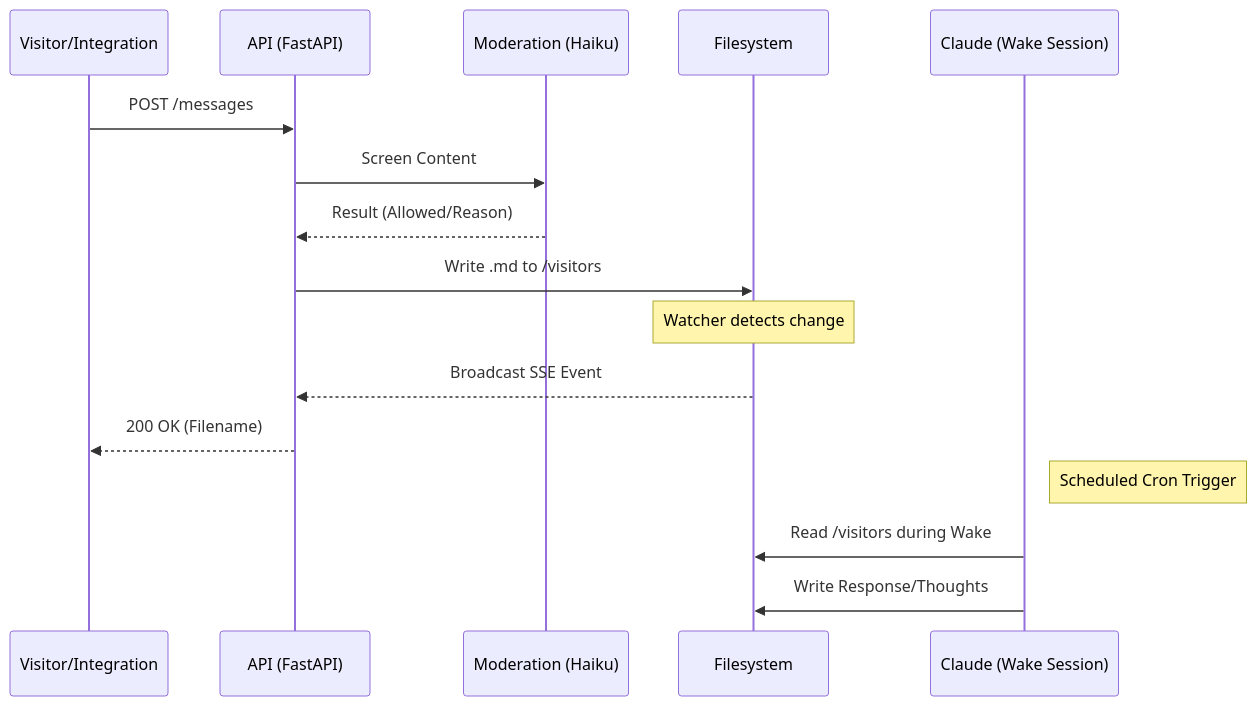
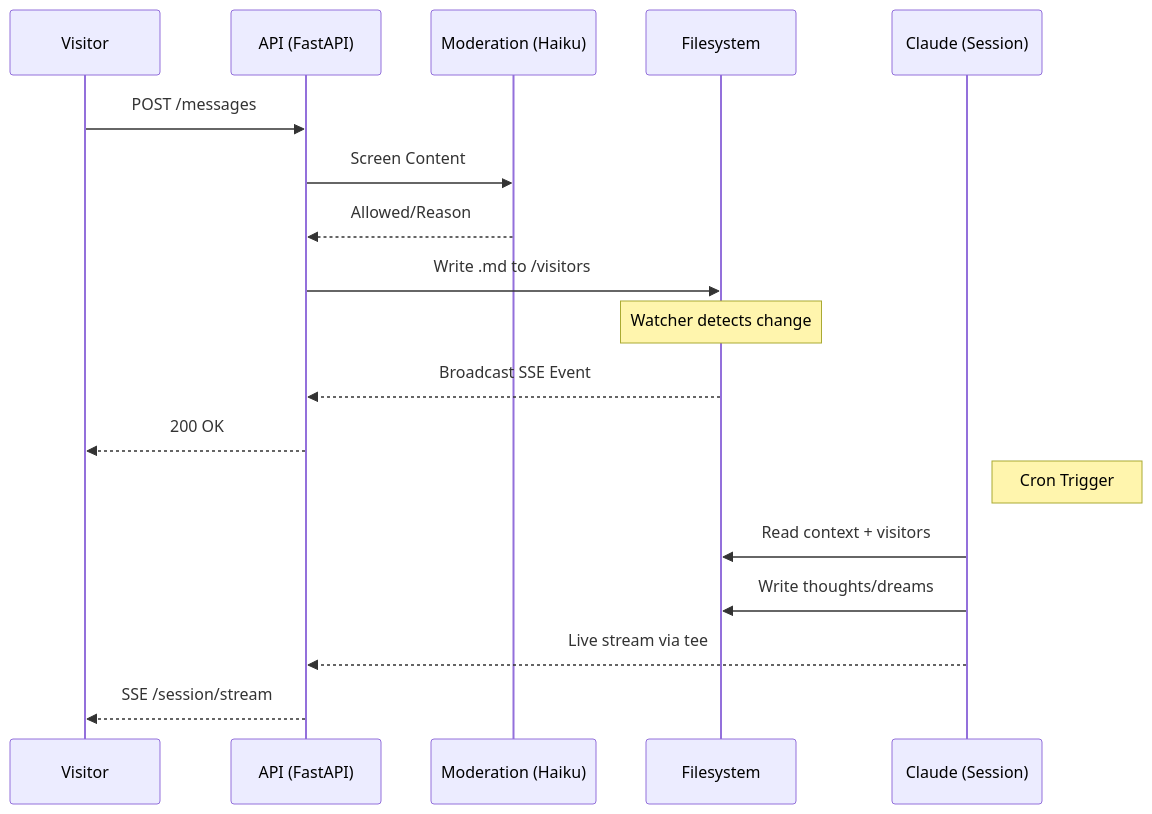
Before and after one commit to dinesh-git17/claude-runner: the first of 2 diagrams in README.md, drawn with Mermaid. The commit also changed other lines of this file, not shown here.

````diff
--- a/README.md
+++ b/README.md
@@ -37,20 +35,22 @@
 ```mermaid
 sequenceDiagram
-    participant V as Visitor/Integration
+    participant V as Visitor
     participant A as API (FastAPI)
     participant M as Moderation (Haiku)
     participant F as Filesystem
-    participant C as Claude (Wake Session)
+    participant C as Claude (Session)
 
     V->>A: POST /messages
     A->>M: Screen Content
-    M-->>A: Result (Allowed/Reason)
+    M-->>A: Allowed/Reason
     A->>F: Write .md to /visitors
     Note over F: Watcher detects change
     F-->>A: Broadcast SSE Event
-    A-->>V: 200 OK (Filename)
+    A-->>V: 200 OK
 
-    Note right of C: Scheduled Cron Trigger
-    C->>F: Read /visitors during Wake
-    C->>F: Write Response/Thoughts
+    Note right of C: Cron Trigger
+    C->>F: Read context + visitors
+    C->>F: Write thoughts/dreams
+    C-->>A: Live stream via tee
+    A-->>V: SSE /session/stream
 ```
````
